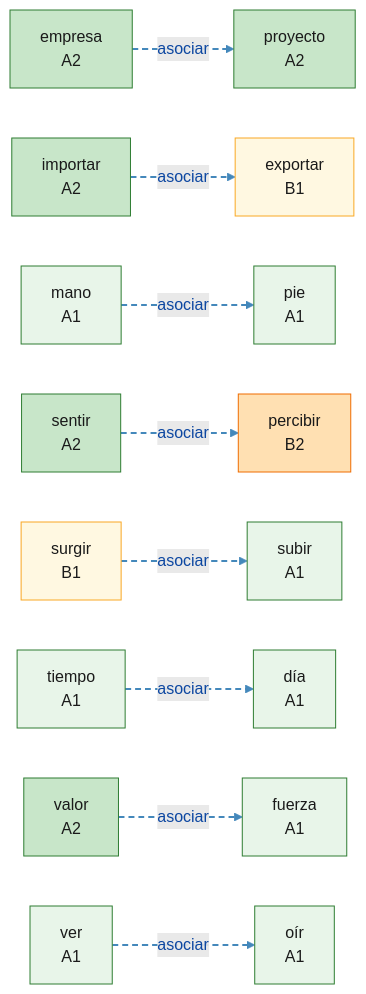
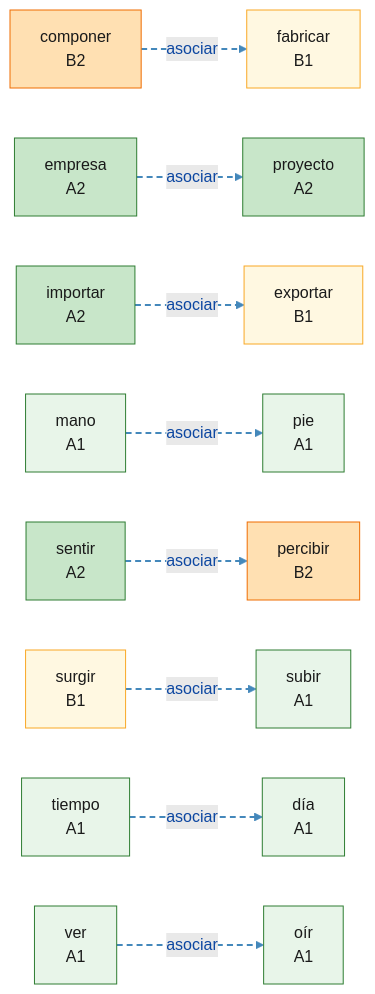
The diagram in mindmaps/asociar_m-z-2-3.md (auding1900/es-raiz-vocab), drawn with Mermaid before and after one commit. The commit also changed other lines of this file and 30 other files, not shown here.

First line of the commit message:
feat(data): 新增 C9 词根导图：path,dol,san,cur,med,vulner,contag,pest

````diff
--- a/mindmaps/asociar_m-z-2-3.md
+++ b/mindmaps/asociar_m-z-2-3.md
@@ -8,59 +8,59 @@
 ```mermaid
 graph LR
+  W_componer["componer<br/>B2"]:::lvlB2
   W_dia["día<br/>A1"]:::lvlA1
   W_empresa["empresa<br/>A2"]:::lvlA2
   W_exportar["exportar<br/>B1"]:::lvlB1
-  W_fuerza["fuerza<br/>A1"]:::lvlA1
+  W_fabricar["fabricar<br/>B1"]:::lvlB1
   W_importar["importar<br/>A2"]:::lvlA2
   W_mano["mano<br/>A1"]:::lvlA1
   W_oir["oír<br/>A1"]:::lvlA1
   W_percibir["percibir<br/>B2"]:::lvlB2
   W_pie["pie<br/>A1"]:::lvlA1
   W_proyecto["proyecto<br/>A2"]:::lvlA2
   W_sentir["sentir<br/>A2"]:::lvlA2
   W_subir["subir<br/>A1"]:::lvlA1
   W_surgir["surgir<br/>B1"]:::lvlB1
   W_tiempo["tiempo<br/>A1"]:::lvlA1
-  W_valor["valor<br/>A2"]:::lvlA2
   W_ver["ver<br/>A1"]:::lvlA1
+  W_componer -.->|asociar| W_fabricar
   W_importar -.->|asociar| W_exportar
   W_ver -.->|asociar| W_oir
   W_sentir -.->|asociar| W_percibir
   W_mano -.->|asociar| W_pie
   W_tiempo -.->|asociar| W_dia
   W_empresa -.->|asociar| W_proyecto
   W_surgir -.->|asociar| W_subir
-  W_valor -.->|asociar| W_fuerza
   linkStyle 0 stroke:#4488bb,stroke-width:2px,stroke-dasharray:6 4
   linkStyle 1 stroke:#4488bb,stroke-width:2px,stroke-dasharray:6 4
   linkStyle 2 stroke:#4488bb,stroke-width:2px,stroke-dasharray:6 4
   linkStyle 3 stroke:#4488bb,stroke-width:2px,stroke-dasharray:6 4
   linkStyle 4 stroke:#4488bb,stroke-width:2px,stroke-dasharray:6 4
   linkStyle 5 stroke:#4488bb,stroke-width:2px,stroke-dasharray:6 4
   linkStyle 6 stroke:#4488bb,stroke-width:2px,stroke-dasharray:6 4
   linkStyle 7 stroke:#4488bb,stroke-width:2px,stroke-dasharray:6 4
   classDef root fill:#bbdefb,stroke:#1565c0,stroke-width:2px,color:#0d47a1
   classDef lvlA1 fill:#e8f5e9,stroke:#2e7d32,color:#1a1a1a
   classDef lvlA2 fill:#c8e6c9,stroke:#2e7d32,color:#1a1a1a
   classDef lvlB1 fill:#fff8e1,stroke:#f9a825,color:#1a1a1a
   classDef lvlB2 fill:#ffe0b2,stroke:#ef6c00,color:#1a1a1a
   classDef lvlC1 fill:#ffccbc,stroke:#d84315,color:#1a1a1a
   classDef lvlC2 fill:#ffcdd2,stroke:#b71c1c,color:#1a1a1a
   classDef lvlNA fill:#f5f5f5,stroke:#9e9e9e,color:#424242
+  click W_componer "https://www.doubao.com/chat?q=%E8%A5%BF%E7%8F%AD%E7%89%99%E8%AF%ADcomponer%EF%BC%8C%E8%AF%8D%E6%A0%B9pon%EF%BC%8C%E8%A7%A3%E9%87%8A%E8%AF%8D%E4%B9%89%E3%80%81DELE%E7%AD%89%E7%BA%A7%E3%80%81%E8%AF%AD%E4%BD%93%E3%80%81%E5%B8%B8%E7%94%A8%E6%90%AD%E9%85%8D%E3%80%81%E8%BF%91%E4%B9%89%E8%AF%8D%E8%BE%A8%E6%9E%90%EF%BC%8C%E5%B9%B6%E4%B8%94%E7%BB%992%E6%9D%A1%E6%9D%A5%E8%87%AA%E5%85%AC%E7%89%88%E8%A5%BF%E8%AF%AD%E6%96%87%E6%9C%AC%EF%BC%88Wikisource%2F%E5%8F%A4%E7%99%BB%E5%A0%A1%EF%BC%89%E7%9A%84%E8%87%AA%E7%84%B6%E4%BE%8B%E5%8F%A5%EF%BC%8C%E4%BE%8B%E5%8F%A5%E4%BC%98%E5%85%88%E9%80%89%E7%94%A8%E7%8E%B0%E4%BB%A3%E6%A0%87%E5%87%86%E8%A5%BF%E7%8F%AD%E7%89%99%E8%AF%AD%EF%BC%8C%E5%8F%A4%E4%BD%93%E4%BE%8B%E5%8F%A5%E6%A0%87%E6%B3%A8%E3%80%90arca%C3%ADsmo%E3%80%91" "豆包查询：componer" _blank
   click W_dia "https://www.doubao.com/chat?q=%E8%A5%BF%E7%8F%AD%E7%89%99%E8%AF%ADd%C3%ADa%EF%BC%8C%E8%AF%8D%E6%A0%B9dies%EF%BC%8C%E8%A7%A3%E9%87%8A%E8%AF%8D%E4%B9%89%E3%80%81DELE%E7%AD%89%E7%BA%A7%E3%80%81%E8%AF%AD%E4%BD%93%E3%80%81%E5%B8%B8%E7%94%A8%E6%90%AD%E9%85%8D%E3%80%81%E8%BF%91%E4%B9%89%E8%AF%8D%E8%BE%A8%E6%9E%90%EF%BC%8C%E5%B9%B6%E4%B8%94%E7%BB%992%E6%9D%A1%E6%9D%A5%E8%87%AA%E5%85%AC%E7%89%88%E8%A5%BF%E8%AF%AD%E6%96%87%E6%9C%AC%EF%BC%88Wikisource%2F%E5%8F%A4%E7%99%BB%E5%A0%A1%EF%BC%89%E7%9A%84%E8%87%AA%E7%84%B6%E4%BE%8B%E5%8F%A5%EF%BC%8C%E4%BE%8B%E5%8F%A5%E4%BC%98%E5%85%88%E9%80%89%E7%94%A8%E7%8E%B0%E4%BB%A3%E6%A0%87%E5%87%86%E8%A5%BF%E7%8F%AD%E7%89%99%E8%AF%AD%EF%BC%8C%E5%8F%A4%E4%BD%93%E4%BE%8B%E5%8F%A5%E6%A0%87%E6%B3%A8%E3%80%90arca%C3%ADsmo%E3%80%91" "豆包查询：día" _blank
   click W_empresa "https://www.doubao.com/chat?q=%E8%A5%BF%E7%8F%AD%E7%89%99%E8%AF%ADempresa%EF%BC%8C%E8%AF%8D%E6%A0%B9prehend%EF%BC%8C%E8%A7%A3%E9%87%8A%E8%AF%8D%E4%B9%89%E3%80%81DELE%E7%AD%89%E7%BA%A7%E3%80%81%E8%AF%AD%E4%BD%93%E3%80%81%E5%B8%B8%E7%94%A8%E6%90%AD%E9%85%8D%E3%80%81%E8%BF%91%E4%B9%89%E8%AF%8D%E8%BE%A8%E6%9E%90%EF%BC%8C%E5%B9%B6%E4%B8%94%E7%BB%992%E6%9D%A1%E6%9D%A5%E8%87%AA%E5%85%AC%E7%89%88%E8%A5%BF%E8%AF%AD%E6%96%87%E6%9C%AC%EF%BC%88Wikisource%2F%E5%8F%A4%E7%99%BB%E5%A0%A1%EF%BC%89%E7%9A%84%E8%87%AA%E7%84%B6%E4%BE%8B%E5%8F%A5%EF%BC%8C%E4%BE%8B%E5%8F%A5%E4%BC%98%E5%85%88%E9%80%89%E7%94%A8%E7%8E%B0%E4%BB%A3%E6%A0%87%E5%87%86%E8%A5%BF%E7%8F%AD%E7%89%99%E8%AF%AD%EF%BC%8C%E5%8F%A4%E4%BD%93%E4%BE%8B%E5%8F%A5%E6%A0%87%E6%B3%A8%E3%80%90arca%C3%ADsmo%E3%80%91" "豆包查询：empresa" _blank
   click W_exportar "https://www.doubao.com/chat?q=%E8%A5%BF%E7%8F%AD%E7%89%99%E8%AF%ADexportar%EF%BC%8C%E8%AF%8D%E6%A0%B9port%EF%BC%8C%E8%A7%A3%E9%87%8A%E8%AF%8D%E4%B9%89%E3%80%81DELE%E7%AD%89%E7%BA%A7%E3%80%81%E8%AF%AD%E4%BD%93%E3%80%81%E5%B8%B8%E7%94%A8%E6%90%AD%E9%85%8D%E3%80%81%E8%BF%91%E4%B9%89%E8%AF%8D%E8%BE%A8%E6%9E%90%EF%BC%8C%E5%B9%B6%E4%B8%94%E7%BB%992%E6%9D%A1%E6%9D%A5%E8%87%AA%E5%85%AC%E7%89%88%E8%A5%BF%E8%AF%AD%E6%96%87%E6%9C%AC%EF%BC%88Wikisource%2F%E5%8F%A4%E7%99%BB%E5%A0%A1%EF%BC%89%E7%9A%84%E8%87%AA%E7%84%B6%E4%BE%8B%E5%8F%A5%EF%BC%8C%E4%BE%8B%E5%8F%A5%E4%BC%98%E5%85%88%E9%80%89%E7%94%A8%E7%8E%B0%E4%BB%A3%E6%A0%87%E5%87%86%E8%A5%BF%E7%8F%AD%E7%89%99%E8%AF%AD%EF%BC%8C%E5%8F%A4%E4%BD%93%E4%BE%8B%E5%8F%A5%E6%A0%87%E6%B3%A8%E3%80%90arca%C3%ADsmo%E3%80%91" "豆包查询：exportar" _blank
-  click W_fuerza "https://www.doubao.com/chat?q=%E8%A5%BF%E7%8F%AD%E7%89%99%E8%AF%ADfuerza%EF%BC%8C%E8%AF%8D%E6%A0%B9fort%EF%BC%8C%E8%A7%A3%E9%87%8A%E8%AF%8D%E4%B9%89%E3%80%81DELE%E7%AD%89%E7%BA%A7%E3%80%81%E8%AF%AD%E4%BD%93%E3%80%81%E5%B8%B8%E7%94%A8%E6%90%AD%E9%85%8D%E3%80%81%E8%BF%91%E4%B9%89%E8%AF%8D%E8%BE%A8%E6%9E%90%EF%BC%8C%E5%B9%B6%E4%B8%94%E7%BB%992%E6%9D%A1%E6%9D%A5%E8%87%AA%E5%85%AC%E7%89%88%E8%A5%BF%E8%AF%AD%E6%96%87%E6%9C%AC%EF%BC%88Wikisource%2F%E5%8F%A4%E7%99%BB%E5%A0%A1%EF%BC%89%E7%9A%84%E8%87%AA%E7%84%B6%E4%BE%8B%E5%8F%A5%EF%BC%8C%E4%BE%8B%E5%8F%A5%E4%BC%98%E5%85%88%E9%80%89%E7%94%A8%E7%8E%B0%E4%BB%A3%E6%A0%87%E5%87%86%E8%A5%BF%E7%8F%AD%E7%89%99%E8%AF%AD%EF%BC%8C%E5%8F%A4%E4%BD%93%E4%BE%8B%E5%8F%A5%E6%A0%87%E6%B3%A8%E3%80%90arca%C3%ADsmo%E3%80%91" "豆包查询：fuerza" _blank
+  click W_fabricar "https://www.doubao.com/chat?q=%E8%A5%BF%E7%8F%AD%E7%89%99%E8%AF%ADfabricar%EF%BC%8C%E8%AF%8D%E6%A0%B9fac%EF%BC%8C%E8%A7%A3%E9%87%8A%E8%AF%8D%E4%B9%89%E3%80%81DELE%E7%AD%89%E7%BA%A7%E3%80%81%E8%AF%AD%E4%BD%93%E3%80%81%E5%B8%B8%E7%94%A8%E6%90%AD%E9%85%8D%E3%80%81%E8%BF%91%E4%B9%89%E8%AF%8D%E8%BE%A8%E6%9E%90%EF%BC%8C%E5%B9%B6%E4%B8%94%E7%BB%992%E6%9D%A1%E6%9D%A5%E8%87%AA%E5%85%AC%E7%89%88%E8%A5%BF%E8%AF%AD%E6%96%87%E6%9C%AC%EF%BC%88Wikisource%2F%E5%8F%A4%E7%99%BB%E5%A0%A1%EF%BC%89%E7%9A%84%E8%87%AA%E7%84%B6%E4%BE%8B%E5%8F%A5%EF%BC%8C%E4%BE%8B%E5%8F%A5%E4%BC%98%E5%85%88%E9%80%89%E7%94%A8%E7%8E%B0%E4%BB%A3%E6%A0%87%E5%87%86%E8%A5%BF%E7%8F%AD%E7%89%99%E8%AF%AD%EF%BC%8C%E5%8F%A4%E4%BD%93%E4%BE%8B%E5%8F%A5%E6%A0%87%E6%B3%A8%E3%80%90arca%C3%ADsmo%E3%80%91" "豆包查询：fabricar" _blank
   click W_importar "https://www.doubao.com/chat?q=%E8%A5%BF%E7%8F%AD%E7%89%99%E8%AF%ADimportar%EF%BC%8C%E8%AF%8D%E6%A0%B9port%EF%BC%8C%E8%A7%A3%E9%87%8A%E8%AF%8D%E4%B9%89%E3%80%81DELE%E7%AD%89%E7%BA%A7%E3%80%81%E8%AF%AD%E4%BD%93%E3%80%81%E5%B8%B8%E7%94%A8%E6%90%AD%E9%85%8D%E3%80%81%E8%BF%91%E4%B9%89%E8%AF%8D%E8%BE%A8%E6%9E%90%EF%BC%8C%E5%B9%B6%E4%B8%94%E7%BB%992%E6%9D%A1%E6%9D%A5%E8%87%AA%E5%85%AC%E7%89%88%E8%A5%BF%E8%AF%AD%E6%96%87%E6%9C%AC%EF%BC%88Wikisource%2F%E5%8F%A4%E7%99%BB%E5%A0%A1%EF%BC%89%E7%9A%84%E8%87%AA%E7%84%B6%E4%BE%8B%E5%8F%A5%EF%BC%8C%E4%BE%8B%E5%8F%A5%E4%BC%98%E5%85%88%E9%80%89%E7%94%A8%E7%8E%B0%E4%BB%A3%E6%A0%87%E5%87%86%E8%A5%BF%E7%8F%AD%E7%89%99%E8%AF%AD%EF%BC%8C%E5%8F%A4%E4%BD%93%E4%BE%8B%E5%8F%A5%E6%A0%87%E6%B3%A8%E3%80%90arca%C3%ADsmo%E3%80%91" "豆包查询：importar" _blank
   click W_mano "https://www.doubao.com/chat?q=%E8%A5%BF%E7%8F%AD%E7%89%99%E8%AF%ADmano%EF%BC%8C%E8%AF%8D%E6%A0%B9man%EF%BC%8C%E8%A7%A3%E9%87%8A%E8%AF%8D%E4%B9%89%E3%80%81DELE%E7%AD%89%E7%BA%A7%E3%80%81%E8%AF%AD%E4%BD%93%E3%80%81%E5%B8%B8%E7%94%A8%E6%90%AD%E9%85%8D%E3%80%81%E8%BF%91%E4%B9%89%E8%AF%8D%E8%BE%A8%E6%9E%90%EF%BC%8C%E5%B9%B6%E4%B8%94%E7%BB%992%E6%9D%A1%E6%9D%A5%E8%87%AA%E5%85%AC%E7%89%88%E8%A5%BF%E8%AF%AD%E6%96%87%E6%9C%AC%EF%BC%88Wikisource%2F%E5%8F%A4%E7%99%BB%E5%A0%A1%EF%BC%89%E7%9A%84%E8%87%AA%E7%84%B6%E4%BE%8B%E5%8F%A5%EF%BC%8C%E4%BE%8B%E5%8F%A5%E4%BC%98%E5%85%88%E9%80%89%E7%94%A8%E7%8E%B0%E4%BB%A3%E6%A0%87%E5%87%86%E8%A5%BF%E7%8F%AD%E7%89%99%E8%AF%AD%EF%BC%8C%E5%8F%A4%E4%BD%93%E4%BE%8B%E5%8F%A5%E6%A0%87%E6%B3%A8%E3%80%90arca%C3%ADsmo%E3%80%91" "豆包查询：mano" _blank
   click W_oir "https://www.doubao.com/chat?q=%E8%A5%BF%E7%8F%AD%E7%89%99%E8%AF%ADo%C3%ADr%EF%BC%8C%E8%AF%8D%E6%A0%B9aud%EF%BC%8C%E8%A7%A3%E9%87%8A%E8%AF%8D%E4%B9%89%E3%80%81DELE%E7%AD%89%E7%BA%A7%E3%80%81%E8%AF%AD%E4%BD%93%E3%80%81%E5%B8%B8%E7%94%A8%E6%90%AD%E9%85%8D%E3%80%81%E8%BF%91%E4%B9%89%E8%AF%8D%E8%BE%A8%E6%9E%90%EF%BC%8C%E5%B9%B6%E4%B8%94%E7%BB%992%E6%9D%A1%E6%9D%A5%E8%87%AA%E5%85%AC%E7%89%88%E8%A5%BF%E8%AF%AD%E6%96%87%E6%9C%AC%EF%BC%88Wikisource%2F%E5%8F%A4%E7%99%BB%E5%A0%A1%EF%BC%89%E7%9A%84%E8%87%AA%E7%84%B6%E4%BE%8B%E5%8F%A5%EF%BC%8C%E4%BE%8B%E5%8F%A5%E4%BC%98%E5%85%88%E9%80%89%E7%94%A8%E7%8E%B0%E4%BB%A3%E6%A0%87%E5%87%86%E8%A5%BF%E7%8F%AD%E7%89%99%E8%AF%AD%EF%BC%8C%E5%8F%A4%E4%BD%93%E4%BE%8B%E5%8F%A5%E6%A0%87%E6%B3%A8%E3%80%90arca%C3%ADsmo%E3%80%91" "豆包查询：oír" _blank
   click W_percibir "https://www.doubao.com/chat?q=%E8%A5%BF%E7%8F%AD%E7%89%99%E8%AF%ADpercibir%EF%BC%8C%E8%AF%8D%E6%A0%B9cap%EF%BC%8C%E8%A7%A3%E9%87%8A%E8%AF%8D%E4%B9%89%E3%80%81DELE%E7%AD%89%E7%BA%A7%E3%80%81%E8%AF%AD%E4%BD%93%E3%80%81%E5%B8%B8%E7%94%A8%E6%90%AD%E9%85%8D%E3%80%81%E8%BF%91%E4%B9%89%E8%AF%8D%E8%BE%A8%E6%9E%90%EF%BC%8C%E5%B9%B6%E4%B8%94%E7%BB%992%E6%9D%A1%E6%9D%A5%E8%87%AA%E5%85%AC%E7%89%88%E8%A5%BF%E8%AF%AD%E6%96%87%E6%9C%AC%EF%BC%88Wikisource%2F%E5%8F%A4%E7%99%BB%E5%A0%A1%EF%BC%89%E7%9A%84%E8%87%AA%E7%84%B6%E4%BE%8B%E5%8F%A5%EF%BC%8C%E4%BE%8B%E5%8F%A5%E4%BC%98%E5%85%88%E9%80%89%E7%94%A8%E7%8E%B0%E4%BB%A3%E6%A0%87%E5%87%86%E8%A5%BF%E7%8F%AD%E7%89%99%E8%AF%AD%EF%BC%8C%E5%8F%A4%E4%BD%93%E4%BE%8B%E5%8F%A5%E6%A0%87%E6%B3%A8%E3%80%90arca%C3%ADsmo%E3%80%91" "豆包查询：percibir" _blank
   click W_pie "https://www.doubao.com/chat?q=%E8%A5%BF%E7%8F%AD%E7%89%99%E8%AF%ADpie%EF%BC%8C%E8%AF%8D%E6%A0%B9ped%EF%BC%8C%E8%A7%A3%E9%87%8A%E8%AF%8D%E4%B9%89%E3%80%81DELE%E7%AD%89%E7%BA%A7%E3%80%81%E8%AF%AD%E4%BD%93%E3%80%81%E5%B8%B8%E7%94%A8%E6%90%AD%E9%85%8D%E3%80%81%E8%BF%91%E4%B9%89%E8%AF%8D%E8%BE%A8%E6%9E%90%EF%BC%8C%E5%B9%B6%E4%B8%94%E7%BB%992%E6%9D%A1%E6%9D%A5%E8%87%AA%E5%85%AC%E7%89%88%E8%A5%BF%E8%AF%AD%E6%96%87%E6%9C%AC%EF%BC%88Wikisource%2F%E5%8F%A4%E7%99%BB%E5%A0%A1%EF%BC%89%E7%9A%84%E8%87%AA%E7%84%B6%E4%BE%8B%E5%8F%A5%EF%BC%8C%E4%BE%8B%E5%8F%A5%E4%BC%98%E5%85%88%E9%80%89%E7%94%A8%E7%8E%B0%E4%BB%A3%E6%A0%87%E5%87%86%E8%A5%BF%E7%8F%AD%E7%89%99%E8%AF%AD%EF%BC%8C%E5%8F%A4%E4%BD%93%E4%BE%8B%E5%8F%A5%E6%A0%87%E6%B3%A8%E3%80%90arca%C3%ADsmo%E3%80%91" "豆包查询：pie" _blank
   click W_proyecto "https://www.doubao.com/chat?q=%E8%A5%BF%E7%8F%AD%E7%89%99%E8%AF%ADproyecto%EF%BC%8C%E8%AF%8D%E6%A0%B9jac%EF%BC%8C%E8%A7%A3%E9%87%8A%E8%AF%8D%E4%B9%89%E3%80%81DELE%E7%AD%89%E7%BA%A7%E3%80%81%E8%AF%AD%E4%BD%93%E3%80%81%E5%B8%B8%E7%94%A8%E6%90%AD%E9%85%8D%E3%80%81%E8%BF%91%E4%B9%89%E8%AF%8D%E8%BE%A8%E6%9E%90%EF%BC%8C%E5%B9%B6%E4%B8%94%E7%BB%992%E6%9D%A1%E6%9D%A5%E8%87%AA%E5%85%AC%E7%89%88%E8%A5%BF%E8%AF%AD%E6%96%87%E6%9C%AC%EF%BC%88Wikisource%2F%E5%8F%A4%E7%99%BB%E5%A0%A1%EF%BC%89%E7%9A%84%E8%87%AA%E7%84%B6%E4%BE%8B%E5%8F%A5%EF%BC%8C%E4%BE%8B%E5%8F%A5%E4%BC%98%E5%85%88%E9%80%89%E7%94%A8%E7%8E%B0%E4%BB%A3%E6%A0%87%E5%87%86%E8%A5%BF%E7%8F%AD%E7%89%99%E8%AF%AD%EF%BC%8C%E5%8F%A4%E4%BD%93%E4%BE%8B%E5%8F%A5%E6%A0%87%E6%B3%A8%E3%80%90arca%C3%ADsmo%E3%80%91" "豆包查询：proyecto" _blank
   click W_sentir "https://www.doubao.com/chat?q=%E8%A5%BF%E7%8F%AD%E7%89%99%E8%AF%ADsentir%EF%BC%8C%E8%AF%8D%E6%A0%B9sent%EF%BC%8C%E8%A7%A3%E9%87%8A%E8%AF%8D%E4%B9%89%E3%80%81DELE%E7%AD%89%E7%BA%A7%E3%80%81%E8%AF%AD%E4%BD%93%E3%80%81%E5%B8%B8%E7%94%A8%E6%90%AD%E9%85%8D%E3%80%81%E8%BF%91%E4%B9%89%E8%AF%8D%E8%BE%A8%E6%9E%90%EF%BC%8C%E5%B9%B6%E4%B8%94%E7%BB%992%E6%9D%A1%E6%9D%A5%E8%87%AA%E5%85%AC%E7%89%88%E8%A5%BF%E8%AF%AD%E6%96%87%E6%9C%AC%EF%BC%88Wikisource%2F%E5%8F%A4%E7%99%BB%E5%A0%A1%EF%BC%89%E7%9A%84%E8%87%AA%E7%84%B6%E4%BE%8B%E5%8F%A5%EF%BC%8C%E4%BE%8B%E5%8F%A5%E4%BC%98%E5%85%88%E9%80%89%E7%94%A8%E7%8E%B0%E4%BB%A3%E6%A0%87%E5%87%86%E8%A5%BF%E7%8F%AD%E7%89%99%E8%AF%AD%EF%BC%8C%E5%8F%A4%E4%BD%93%E4%BE%8B%E5%8F%A5%E6%A0%87%E6%B3%A8%E3%80%90arca%C3%ADsmo%E3%80%91" "豆包查询：sentir" _blank
   click W_subir "https://www.doubao.com/chat?q=%E8%A5%BF%E7%8F%AD%E7%89%99%E8%AF%ADsubir%EF%BC%8C%E8%AF%8D%E6%A0%B9ire%EF%BC%8C%E8%A7%A3%E9%87%8A%E8%AF%8D%E4%B9%89%E3%80%81DELE%E7%AD%89%E7%BA%A7%E3%80%81%E8%AF%AD%E4%BD%93%E3%80%81%E5%B8%B8%E7%94%A8%E6%90%AD%E9%85%8D%E3%80%81%E8%BF%91%E4%B9%89%E8%AF%8D%E8%BE%A8%E6%9E%90%EF%BC%8C%E5%B9%B6%E4%B8%94%E7%BB%992%E6%9D%A1%E6%9D%A5%E8%87%AA%E5%85%AC%E7%89%88%E8%A5%BF%E8%AF%AD%E6%96%87%E6%9C%AC%EF%BC%88Wikisource%2F%E5%8F%A4%E7%99%BB%E5%A0%A1%EF%BC%89%E7%9A%84%E8%87%AA%E7%84%B6%E4%BE%8B%E5%8F%A5%EF%BC%8C%E4%BE%8B%E5%8F%A5%E4%BC%98%E5%85%88%E9%80%89%E7%94%A8%E7%8E%B0%E4%BB%A3%E6%A0%87%E5%87%86%E8%A5%BF%E7%8F%AD%E7%89%99%E8%AF%AD%EF%BC%8C%E5%8F%A4%E4%BD%93%E4%BE%8B%E5%8F%A5%E6%A0%87%E6%B3%A8%E3%80%90arca%C3%ADsmo%E3%80%91" "豆包查询：subir" _blank
   click W_surgir "https://www.doubao.com/chat?q=%E8%A5%BF%E7%8F%AD%E7%89%99%E8%AF%ADsurgir%EF%BC%8C%E8%AF%8D%E6%A0%B9surg%EF%BC%8C%E8%A7%A3%E9%87%8A%E8%AF%8D%E4%B9%89%E3%80%81DELE%E7%AD%89%E7%BA%A7%E3%80%81%E8%AF%AD%E4%BD%93%E3%80%81%E5%B8%B8%E7%94%A8%E6%90%AD%E9%85%8D%E3%80%81%E8%BF%91%E4%B9%89%E8%AF%8D%E8%BE%A8%E6%9E%90%EF%BC%8C%E5%B9%B6%E4%B8%94%E7%BB%992%E6%9D%A1%E6%9D%A5%E8%87%AA%E5%85%AC%E7%89%88%E8%A5%BF%E8%AF%AD%E6%96%87%E6%9C%AC%EF%BC%88Wikisource%2F%E5%8F%A4%E7%99%BB%E5%A0%A1%EF%BC%89%E7%9A%84%E8%87%AA%E7%84%B6%E4%BE%8B%E5%8F%A5%EF%BC%8C%E4%BE%8B%E5%8F%A5%E4%BC%98%E5%85%88%E9%80%89%E7%94%A8%E7%8E%B0%E4%BB%A3%E6%A0%87%E5%87%86%E8%A5%BF%E7%8F%AD%E7%89%99%E8%AF%AD%EF%BC%8C%E5%8F%A4%E4%BD%93%E4%BE%8B%E5%8F%A5%E6%A0%87%E6%B3%A8%E3%80%90arca%C3%ADsmo%E3%80%91" "豆包查询：surgir" _blank
   click W_tiempo "https://www.doubao.com/chat?q=%E8%A5%BF%E7%8F%AD%E7%89%99%E8%AF%ADtiempo%EF%BC%8C%E8%AF%8D%E6%A0%B9temp%EF%BC%8C%E8%A7%A3%E9%87%8A%E8%AF%8D%E4%B9%89%E3%80%81DELE%E7%AD%89%E7%BA%A7%E3%80%81%E8%AF%AD%E4%BD%93%E3%80%81%E5%B8%B8%E7%94%A8%E6%90%AD%E9%85%8D%E3%80%81%E8%BF%91%E4%B9%89%E8%AF%8D%E8%BE%A8%E6%9E%90%EF%BC%8C%E5%B9%B6%E4%B8%94%E7%BB%992%E6%9D%A1%E6%9D%A5%E8%87%AA%E5%85%AC%E7%89%88%E8%A5%BF%E8%AF%AD%E6%96%87%E6%9C%AC%EF%BC%88Wikisource%2F%E5%8F%A4%E7%99%BB%E5%A0%A1%EF%BC%89%E7%9A%84%E8%87%AA%E7%84%B6%E4%BE%8B%E5%8F%A5%EF%BC%8C%E4%BE%8B%E5%8F%A5%E4%BC%98%E5%85%88%E9%80%89%E7%94%A8%E7%8E%B0%E4%BB%A3%E6%A0%87%E5%87%86%E8%A5%BF%E7%8F%AD%E7%89%99%E8%AF%AD%EF%BC%8C%E5%8F%A4%E4%BD%93%E4%BE%8B%E5%8F%A5%E6%A0%87%E6%B3%A8%E3%80%90arca%C3%ADsmo%E3%80%91" "豆包查询：tiempo" _blank
-  click W_valor "https://www.doubao.com/chat?q=%E8%A5%BF%E7%8F%AD%E7%89%99%E8%AF%ADvalor%EF%BC%8C%E8%AF%8D%E6%A0%B9val%EF%BC%8C%E8%A7%A3%E9%87%8A%E8%AF%8D%E4%B9%89%E3%80%81DELE%E7%AD%89%E7%BA%A7%E3%80%81%E8%AF%AD%E4%BD%93%E3%80%81%E5%B8%B8%E7%94%A8%E6%90%AD%E9%85%8D%E3%80%81%E8%BF%91%E4%B9%89%E8%AF%8D%E8%BE%A8%E6%9E%90%EF%BC%8C%E5%B9%B6%E4%B8%94%E7%BB%992%E6%9D%A1%E6%9D%A5%E8%87%AA%E5%85%AC%E7%89%88%E8%A5%BF%E8%AF%AD%E6%96%87%E6%9C%AC%EF%BC%88Wikisource%2F%E5%8F%A4%E7%99%BB%E5%A0%A1%EF%BC%89%E7%9A%84%E8%87%AA%E7%84%B6%E4%BE%8B%E5%8F%A5%EF%BC%8C%E4%BE%8B%E5%8F%A5%E4%BC%98%E5%85%88%E9%80%89%E7%94%A8%E7%8E%B0%E4%BB%A3%E6%A0%87%E5%87%86%E8%A5%BF%E7%8F%AD%E7%89%99%E8%AF%AD%EF%BC%8C%E5%8F%A4%E4%BD%93%E4%BE%8B%E5%8F%A5%E6%A0%87%E6%B3%A8%E3%80%90arca%C3%ADsmo%E3%80%91" "豆包查询：valor" _blank
   click W_ver "https://www.doubao.com/chat?q=%E8%A5%BF%E7%8F%AD%E7%89%99%E8%AF%ADver%EF%BC%8C%E8%AF%8D%E6%A0%B9vid%EF%BC%8C%E8%A7%A3%E9%87%8A%E8%AF%8D%E4%B9%89%E3%80%81DELE%E7%AD%89%E7%BA%A7%E3%80%81%E8%AF%AD%E4%BD%93%E3%80%81%E5%B8%B8%E7%94%A8%E6%90%AD%E9%85%8D%E3%80%81%E8%BF%91%E4%B9%89%E8%AF%8D%E8%BE%A8%E6%9E%90%EF%BC%8C%E5%B9%B6%E4%B8%94%E7%BB%992%E6%9D%A1%E6%9D%A5%E8%87%AA%E5%85%AC%E7%89%88%E8%A5%BF%E8%AF%AD%E6%96%87%E6%9C%AC%EF%BC%88Wikisource%2F%E5%8F%A4%E7%99%BB%E5%A0%A1%EF%BC%89%E7%9A%84%E8%87%AA%E7%84%B6%E4%BE%8B%E5%8F%A5%EF%BC%8C%E4%BE%8B%E5%8F%A5%E4%BC%98%E5%85%88%E9%80%89%E7%94%A8%E7%8E%B0%E4%BB%A3%E6%A0%87%E5%87%86%E8%A5%BF%E7%8F%AD%E7%89%99%E8%AF%AD%EF%BC%8C%E5%8F%A4%E4%BD%93%E4%BE%8B%E5%8F%A5%E6%A0%87%E6%B3%A8%E3%80%90arca%C3%ADsmo%E3%80%91" "豆包查询：ver" _blank
 ```
````
